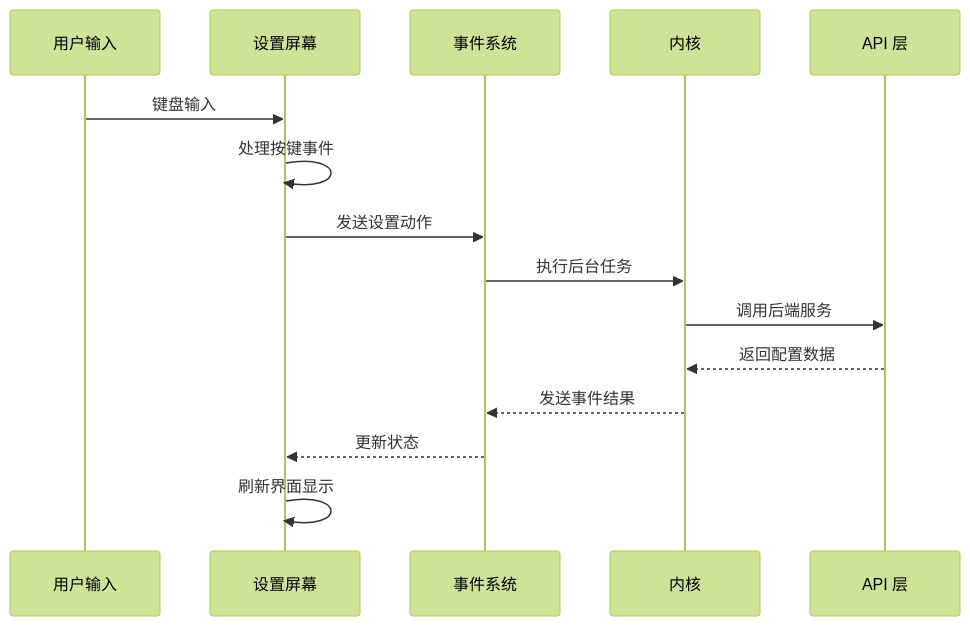
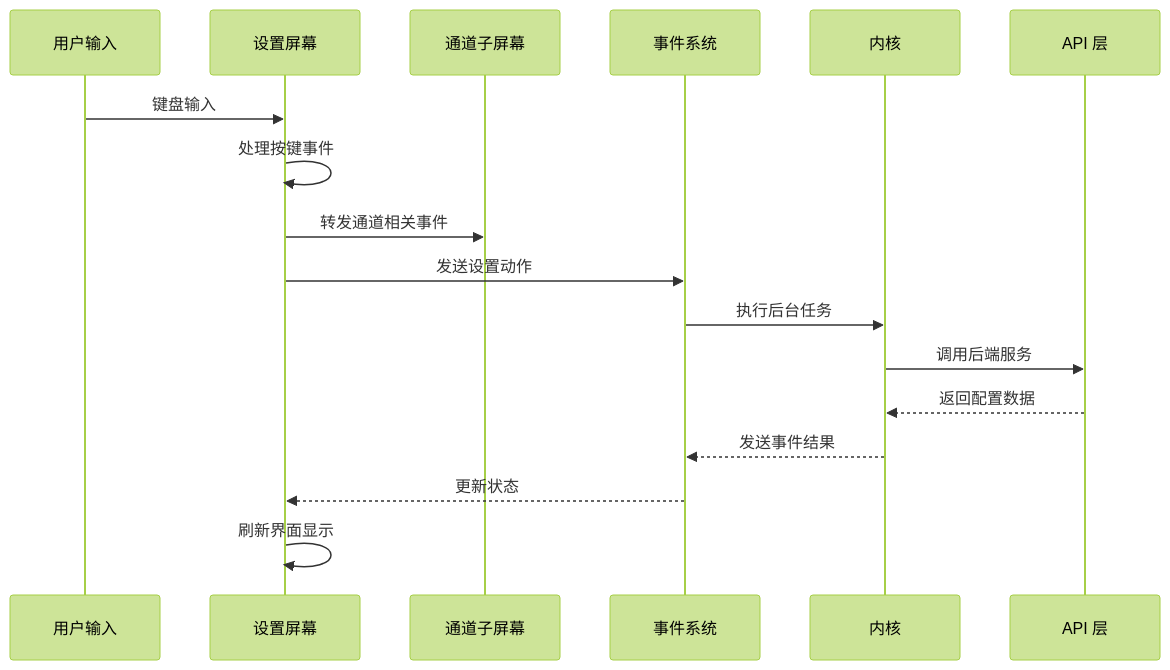
The third of 7 diagrams in .qoder/repowiki/zh/content/CLI 工具和桌面应用/TUI 仪表板/设置屏幕.md (hexiaowen-bot/openfang), drawn with Mermaid (forest theme) before and after one commit. The commit also changed other lines of this file and 65 other files, not shown here.

````diff
--- a/.qoder/repowiki/zh/content/CLI 工具和桌面应用/TUI 仪表板/设置屏幕.md
+++ b/.qoder/repowiki/zh/content/CLI 工具和桌面应用/TUI 仪表板/设置屏幕.md
@@ -155,17 +185,19 @@
 ```mermaid
 sequenceDiagram
 participant User as 用户输入
 participant Settings as 设置屏幕
+participant Channels as 通道子屏幕
 participant Event as 事件系统
 participant Kernel as 内核
 participant API as API 层
 User->>Settings : 键盘输入
 Settings->>Settings : 处理按键事件
+Settings->>Channels : 转发通道相关事件
 Settings->>Event : 发送设置动作
 Event->>Kernel : 执行后台任务
 Kernel->>API : 调用后端服务
 API-->>Kernel : 返回配置数据
 Kernel-->>Event : 发送事件结果
 Event-->>Settings : 更新状态
 Settings->>Settings : 刷新界面显示
 ```
````
